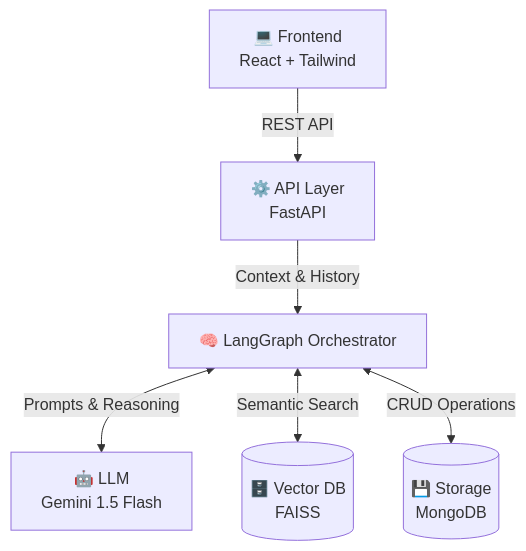
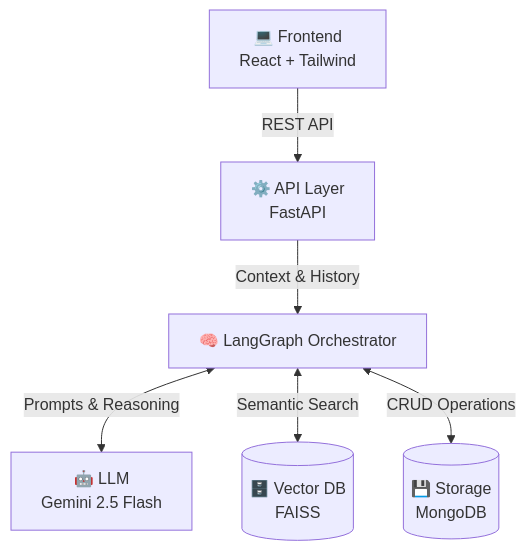
The diagram in README.md (pgauin01/shadow), drawn with Mermaid before and after one commit. The commit also changed other lines of this file, not shown here.

````diff
--- a/README.md
+++ b/README.md
@@ -47,8 +47,8 @@
 ```mermaid
 graph TD
     A[💻 Frontend <br/> React + Tailwind] -->|REST API| B[⚙️ API Layer <br/> FastAPI]
     B -->|Context & History| C[🧠 LangGraph Orchestrator]
-    C <-->|Prompts & Reasoning| D[🤖 LLM <br/> Gemini 1.5 Flash]
+    C <-->|Prompts & Reasoning| D[🤖 LLM <br/> Gemini 2.5 Flash]
     C <-->|Semantic Search| E[(🗄️ Vector DB <br/> FAISS)]
     C <-->|CRUD Operations| F[(💾 Storage <br/> MongoDB)]
 ```
````
